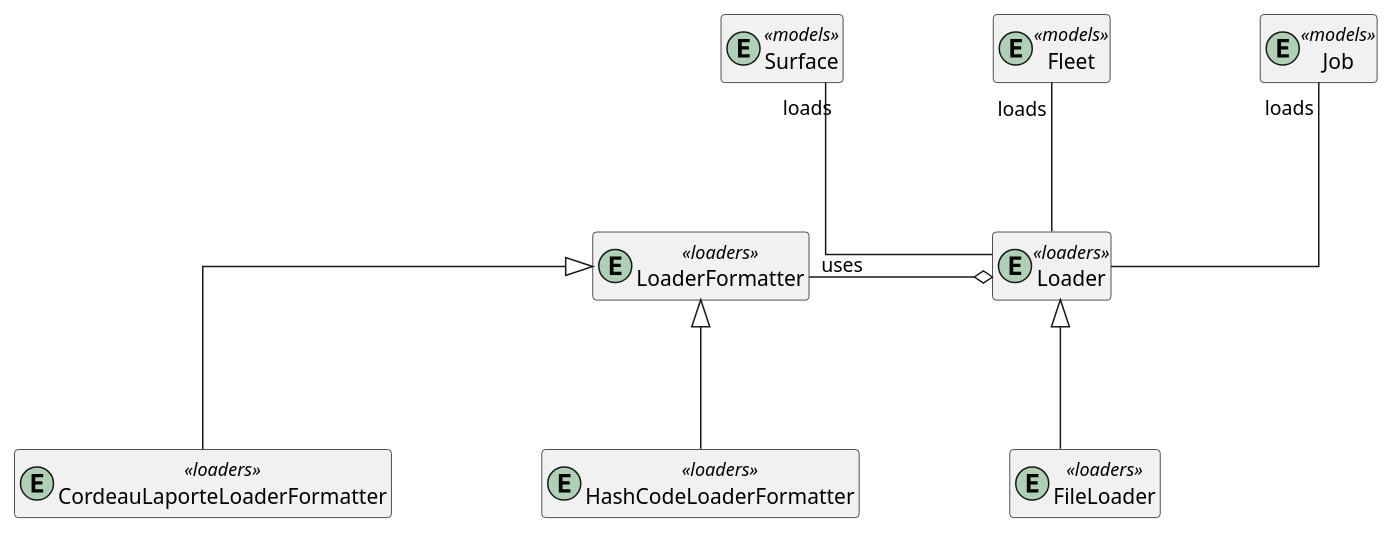
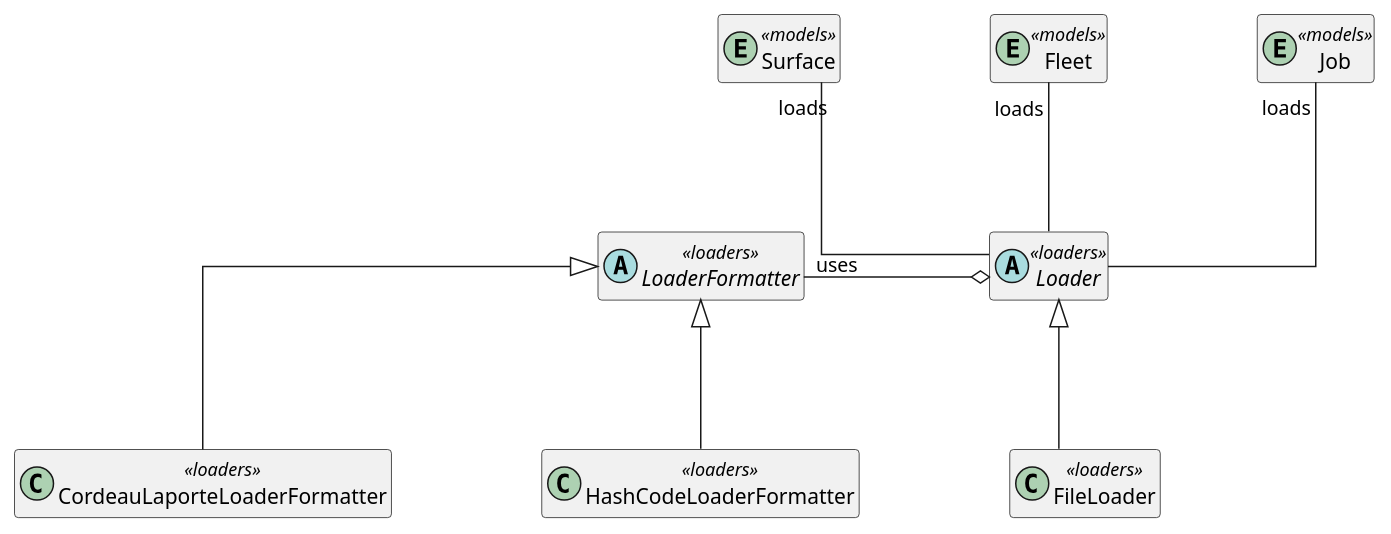
One commit to garciparedes/jinete changed the diagram in docs/source/_static/loaders.puml. Above: the diagram before and after it, drawn with PlantUML. The commit also changed 3 other files, not shown here.

Commit message:
ISSUE #101 * Working on module diagrams.

```diff
--- a/docs/source/_static/loaders.puml
+++ b/docs/source/_static/loaders.puml
@@ -1,41 +1,41 @@
 @startuml
 skinparam linetype ortho
 skinparam nodesep 100
 skinparam ranksep 100
 
 hide empty methods
 hide empty attributes
 
 entity Job <<models>>
 entity Fleet <<models>>
 entity Surface <<models>>
 
-entity Loader <<loaders>> {
+abstract class Loader <<loaders>> {
 }
 
-entity FileLoader <<loaders>> {
+class FileLoader <<loaders>> {
 }
 
-entity LoaderFormatter <<loaders>> {
+abstract class LoaderFormatter <<loaders>> {
 }
 
-entity CordeauLaporteLoaderFormatter <<loaders>> {
+class CordeauLaporteLoaderFormatter <<loaders>> {
 }
 
-entity HashCodeLoaderFormatter <<loaders>> {
+class HashCodeLoaderFormatter <<loaders>> {
 }
 
 
 Loader -up-"loads" Job
 Loader -up-"loads" Fleet
 Loader -up-"loads" Surface
 
 LoaderFormatter "uses"-right-o Loader
 
 Loader <|-down- FileLoader
 
 LoaderFormatter <|-down- CordeauLaporteLoaderFormatter
 LoaderFormatter <|-down- HashCodeLoaderFormatter
 
 
 @enduml
```
